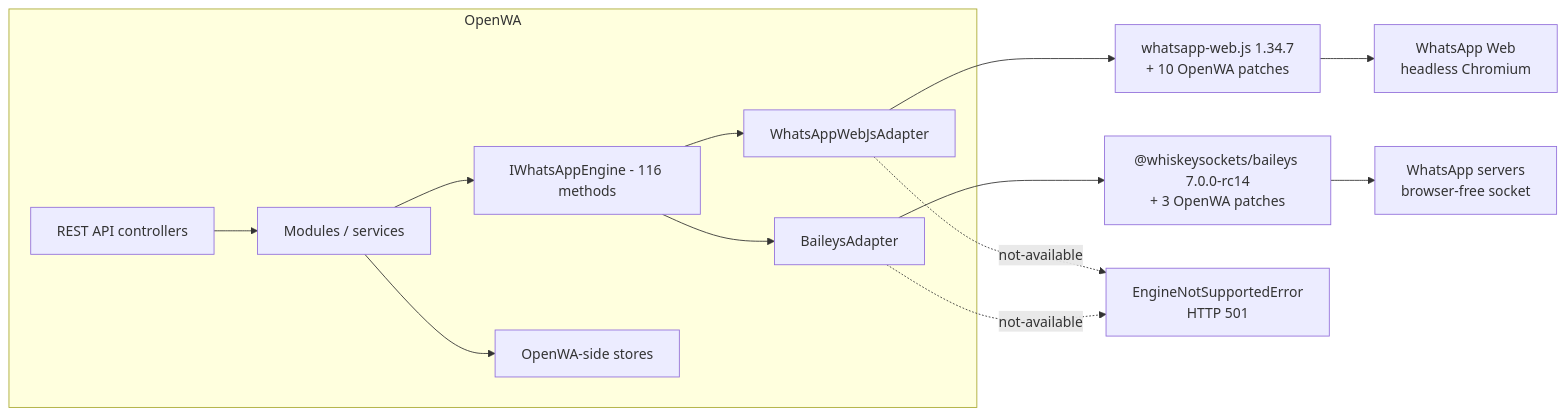
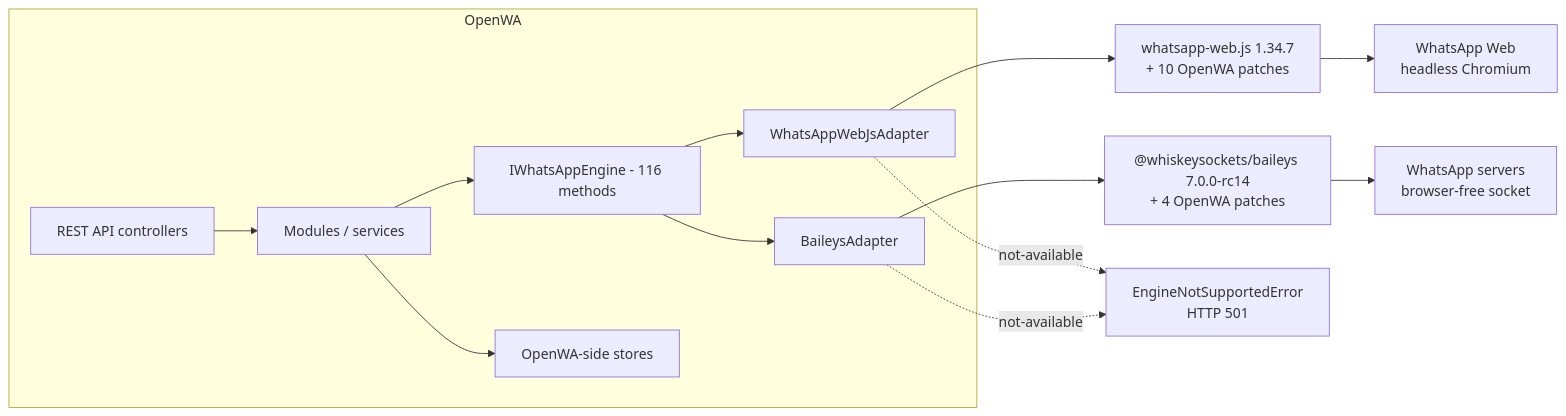
Before and after one commit to rmyndharis/OpenWA: the first of 2 diagrams in docs/29-engine-capability-matrix.md, drawn with Mermaid. The commit also changed other lines of this file and 10 other files, not shown here.

````diff
--- a/docs/29-engine-capability-matrix.md
+++ b/docs/29-engine-capability-matrix.md
@@ -47,16 +47,16 @@
 ```mermaid
 flowchart LR
     subgraph OpenWA["OpenWA"]
         API["REST API controllers"] --> SVC["Modules / services"]
         SVC --> IF["IWhatsAppEngine - 116 methods"]
         IF --> WA["WhatsAppWebJsAdapter"]
         IF --> BA["BaileysAdapter"]
         SVC --> STORE["OpenWA-side stores"]
     end
     WA --> WLIB["whatsapp-web.js 1.34.7<br/>+ 10 OpenWA patches"]
-    BA --> BLIB["@whiskeysockets/baileys 7.0.0-rc14<br/>+ 3 OpenWA patches"]
+    BA --> BLIB["@whiskeysockets/baileys 7.0.0-rc14<br/>+ 4 OpenWA patches"]
     WLIB --> WEB["WhatsApp Web<br/>headless Chromium"]
     BLIB --> WAS["WhatsApp servers<br/>browser-free socket"]
     WA -.->|"not-available"| E["EngineNotSupportedError<br/>HTTP 501"]
     BA -.->|"not-available"| E
 ```
````
